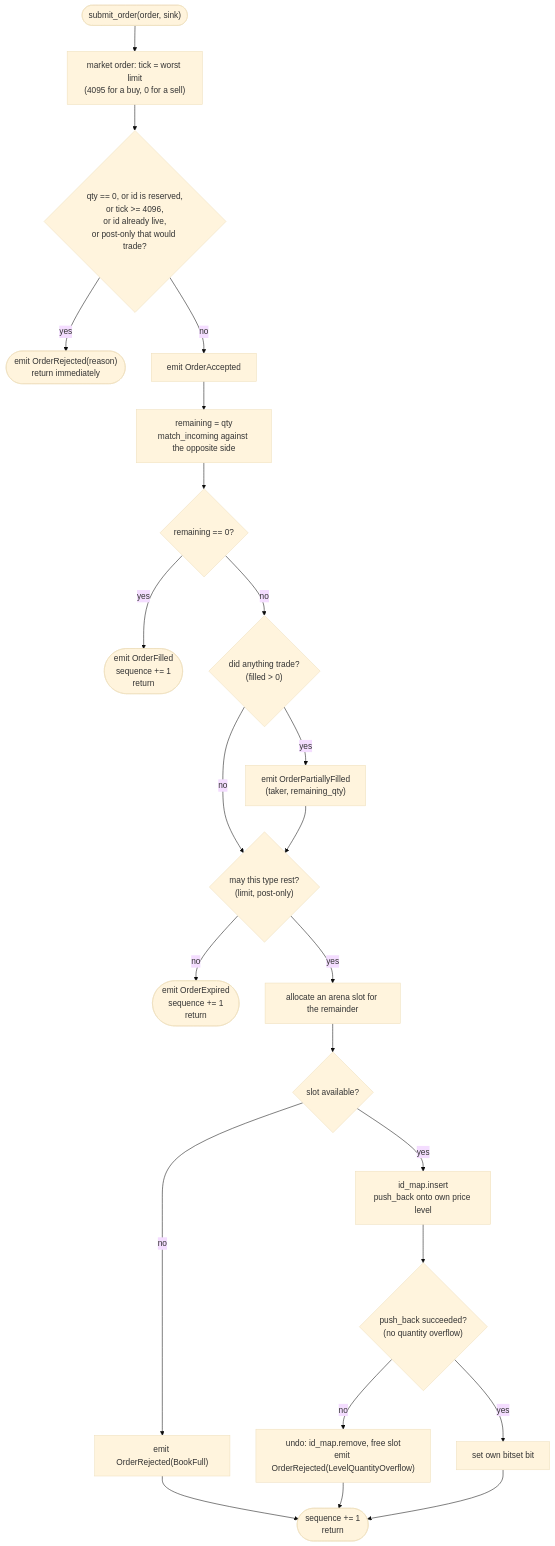
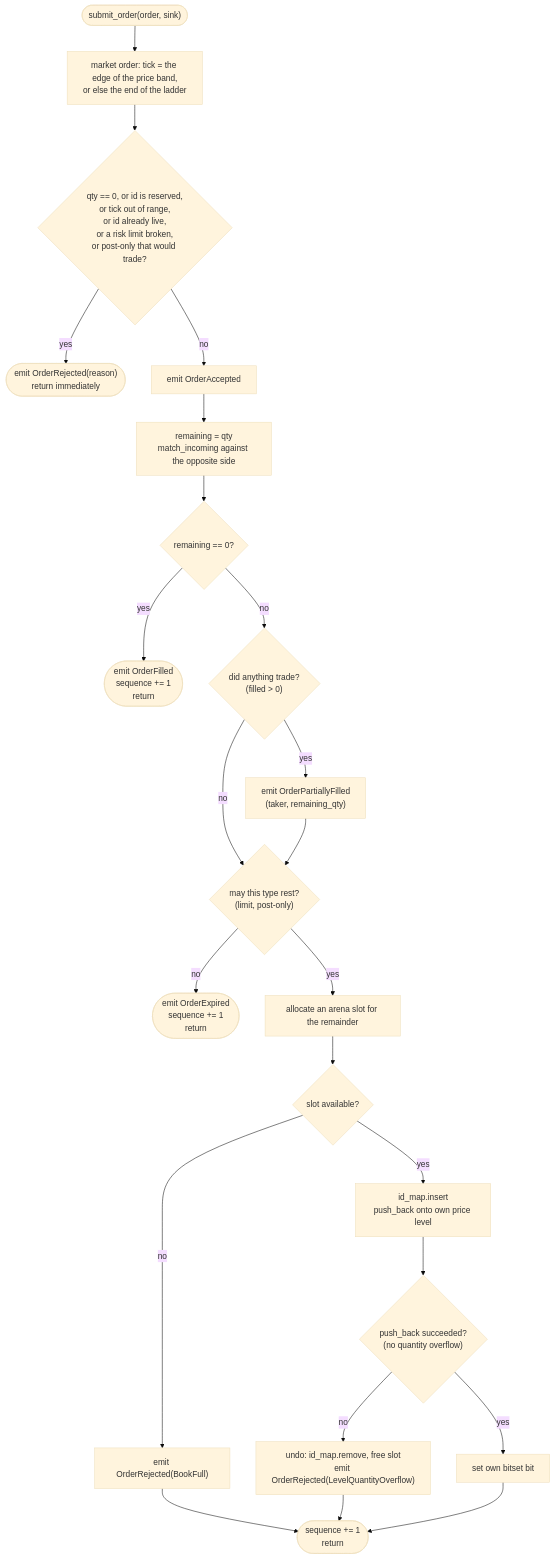
Before and after one commit to daohainam/rust-matching-engine: the first of 2 diagrams in docs/06-matching-algorithm.md, drawn with Mermaid (base theme). The commit also changed other lines of this file, not shown here.

Commit message:
docs(ch06): cover the tick count, the risk checks and market protection

````diff
--- a/docs/06-matching-algorithm.md
+++ b/docs/06-matching-algorithm.md
@@ -67,25 +72,25 @@
 ```mermaid
 flowchart TD
-    A(["submit_order(order, sink)"]) --> A2["market order: tick = worst limit<br/>(4095 for a buy, 0 for a sell)"]
-    A2 --> B{"qty == 0, or id is reserved,<br/>or tick >= 4096,<br/>or id already live,<br/>or post-only that would trade?"}
+    A(["submit_order(order, sink)"]) --> A2["market order: tick = the edge of the price band,<br/>or else the end of the ladder"]
+    A2 --> B{"qty == 0, or id is reserved,<br/>or tick out of range,<br/>or id already live,<br/>or a risk limit broken,<br/>or post-only that would trade?"}
     B -- yes --> R(["emit OrderRejected(reason)<br/>return immediately"])
     B -- no --> C["emit OrderAccepted"]
     C --> D["remaining = qty<br/>match_incoming against the opposite side"]
     D --> E{"remaining == 0?"}
     E -- yes --> F(["emit OrderFilled<br/>sequence += 1<br/>return"])
     E -- no --> G{"did anything trade?<br/>(filled > 0)"}
     G -- yes --> H["emit OrderPartiallyFilled<br/>(taker, remaining_qty)"]
     G -- no --> T
     H --> T{"may this type rest?<br/>(limit, post-only)"}
     T -- no --> X(["emit OrderExpired<br/>sequence += 1<br/>return"])
     T -- yes --> I["allocate an arena slot for the remainder"]
     I --> J{"slot available?"}
     J -- no --> K["emit OrderRejected(BookFull)"]
     J -- yes --> L["id_map.insert<br/>push_back onto own price level"]
     L --> M{"push_back succeeded?<br/>(no quantity overflow)"}
     M -- no --> N["undo: id_map.remove, free slot<br/>emit OrderRejected(LevelQuantityOverflow)"]
     M -- yes --> O["set own bitset bit"]
     K --> P(["sequence += 1<br/>return"])
     N --> P
     O --> P
 ```
````
